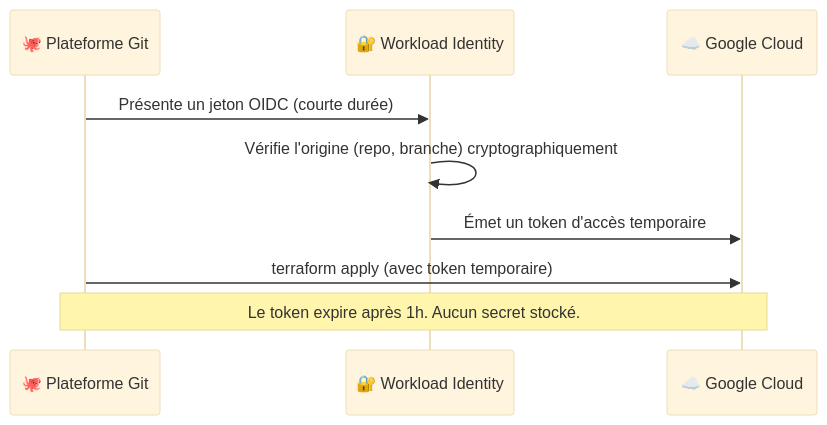
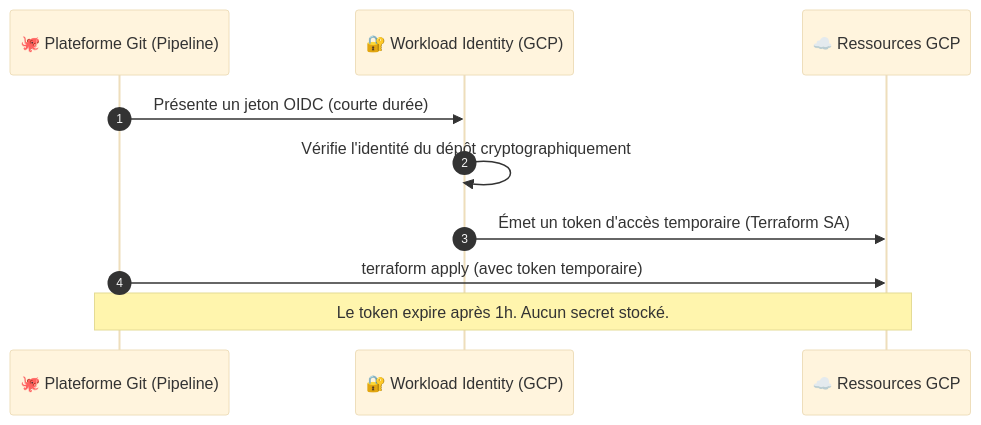
Before and after one commit to maxencenho-cloud/data-platform-runbook: the third of 7 diagrams in docs/ATELIER_01_ARCHITECTURE.md, drawn with Mermaid (base theme). The commit also changed other lines of this file, not shown here.

Commit message:
docs: enhance architecture documentation with detailed diagrams and step-by-step implementation guides

````diff
--- a/docs/ATELIER_01_ARCHITECTURE.md
+++ b/docs/ATELIER_01_ARCHITECTURE.md
@@ -55,12 +114,13 @@
 ```mermaid
 sequenceDiagram
-    participant Git as 🐙 Plateforme Git
-    participant WIF as 🔐 Workload Identity
-    participant GCP as ☁️ Google Cloud
+    autonumber
+    participant Git as 🐙 Plateforme Git (Pipeline)
+    participant WIF as 🔐 Workload Identity (GCP)
+    participant GCP as ☁️ Ressources GCP
 
     Git->>WIF: Présente un jeton OIDC (courte durée)
-    WIF->>WIF: Vérifie l'origine (repo, branche) cryptographiquement
-    WIF->>GCP: Émet un token d'accès temporaire
+    WIF->>WIF: Vérifie l'identité du dépôt cryptographiquement
+    WIF->>GCP: Émet un token d'accès temporaire (Terraform SA)
     Git->>GCP: terraform apply (avec token temporaire)
     Note over Git,GCP: Le token expire après 1h. Aucun secret stocké.
 ```
````
